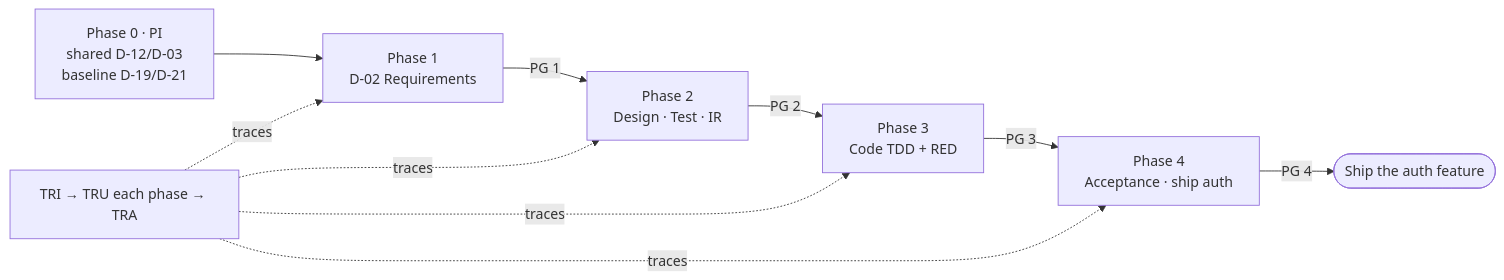
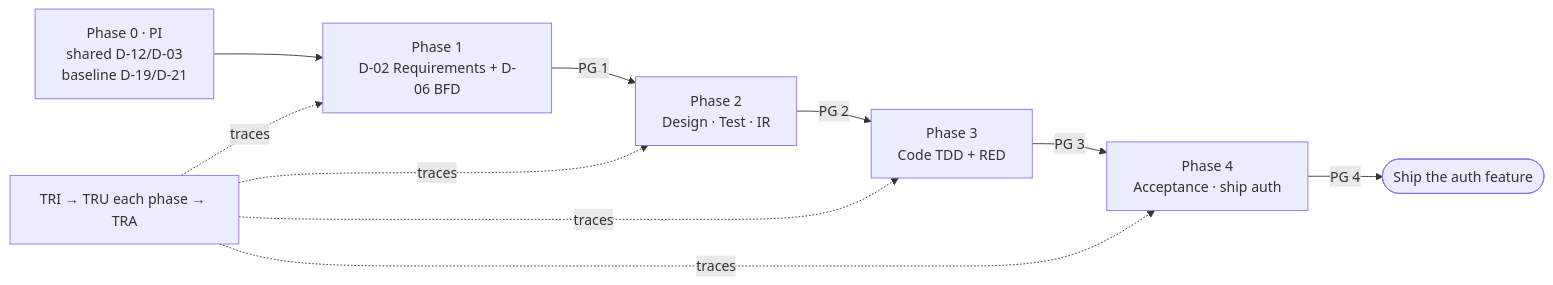
Before and after one commit to hanh9898/waterfall-bmad-method: the second of 2 diagrams in docs/en/tutorials/getting-started-hbc.md, drawn with Mermaid. The commit also changed other lines of this file and 8 other files, not shown here.

First line of the commit message:
docs(hbc): D-06 (BFD) là deliverable Phase 1 BẮT BUỘC (đồng bộ với gate)

````diff
--- a/docs/en/tutorials/getting-started-hbc.md
+++ b/docs/en/tutorials/getting-started-hbc.md
@@ -263,8 +271,8 @@
 ```mermaid
 flowchart LR
     PI["Phase 0 · PI<br/>shared D-12/D-03<br/>baseline D-19/D-21"] --> P1
-    P1["Phase 1<br/>D-02 Requirements"] -->|PG 1| P2["Phase 2<br/>Design · Test · IR"]
+    P1["Phase 1<br/>D-02 Requirements + D-06 BFD"] -->|PG 1| P2["Phase 2<br/>Design · Test · IR"]
     P2 -->|PG 2| P3["Phase 3<br/>Code TDD + RED"] -->|PG 3| P4["Phase 4<br/>Acceptance · ship auth"]
     P4 -->|PG 4| DONE([Ship the auth feature])
     TR["TRI → TRU each phase → TRA"] -.->|traces| P1 & P2 & P3 & P4
 ```
````
